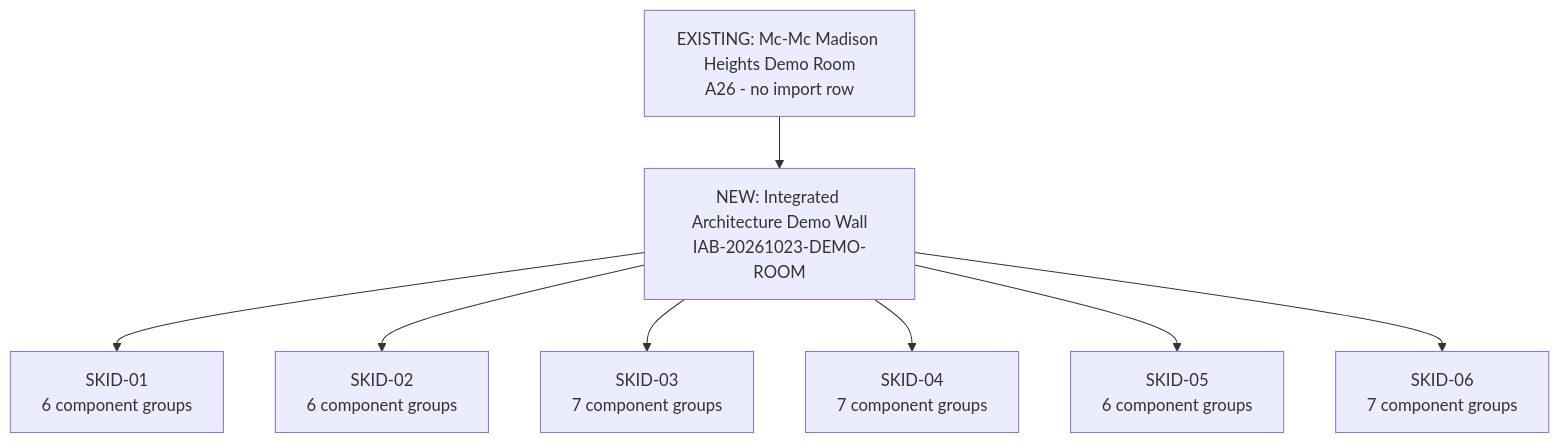
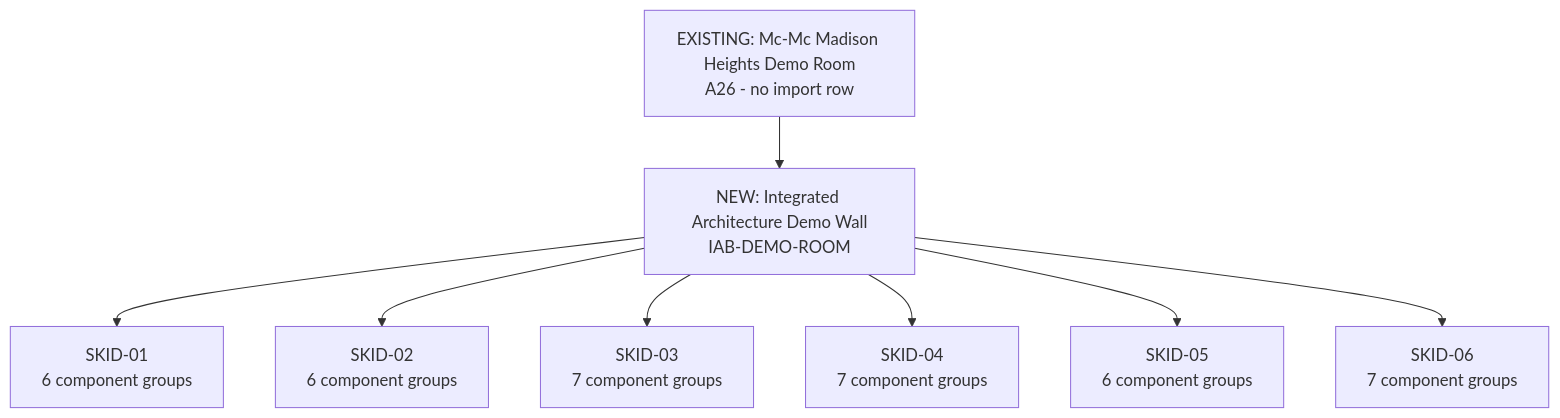
The diagram in diagrams/asset-hierarchy.mmd (snekar313/MHTDemo_Room_FIIX), drawn with Mermaid before and after one commit. The commit also changed 15 other files, not shown here.

```diff
--- a/diagrams/asset-hierarchy.mmd
+++ b/diagrams/asset-hierarchy.mmd
@@ -1,10 +1,10 @@
 flowchart TB
   F["EXISTING: Mc-Mc Madison Heights Demo Room<br/>A26 - no import row"]
-  R["NEW: Integrated Architecture Demo Wall<br/>IAB-20261023-DEMO-ROOM"]
+  R["NEW: Integrated Architecture Demo Wall<br/>IAB-DEMO-ROOM"]
   F --> R
   R --> S1["SKID-01<br/>6 component groups"]
   R --> S2["SKID-02<br/>6 component groups"]
   R --> S3["SKID-03<br/>7 component groups"]
   R --> S4["SKID-04<br/>7 component groups"]
   R --> S5["SKID-05<br/>6 component groups"]
   R --> S6["SKID-06<br/>7 component groups"]
```
